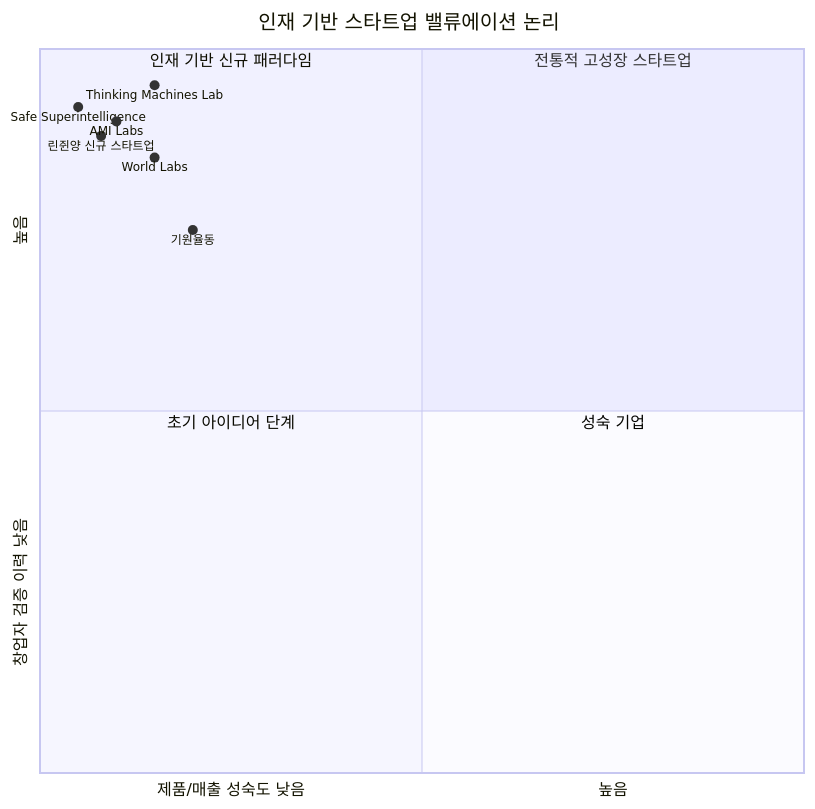
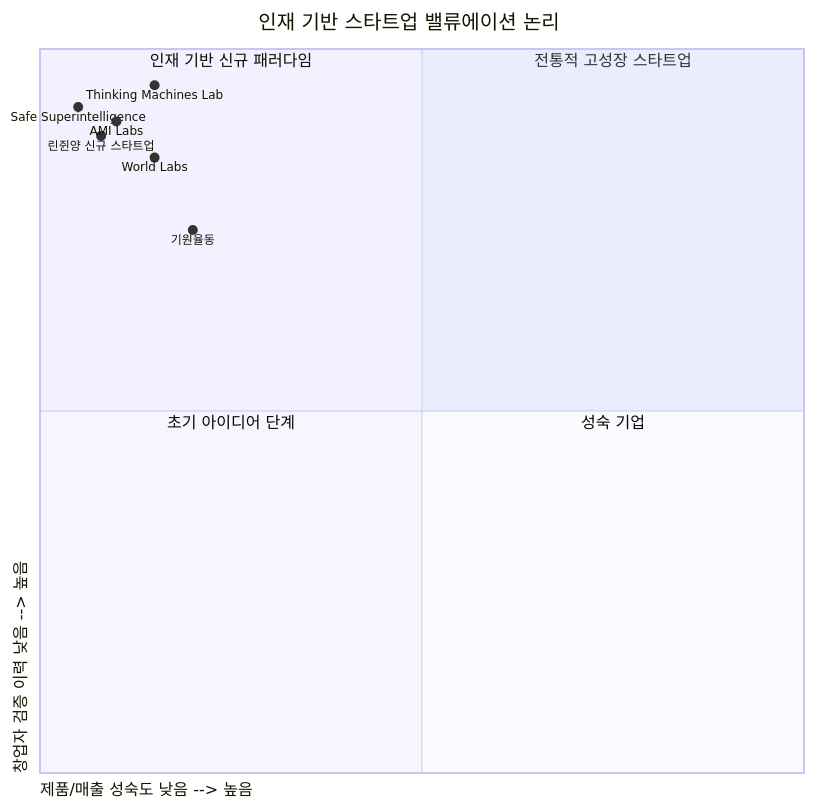
The sixth of 7 diagrams in _posts/2026-06-15-빅테크-왕좌를-버린-인재들:-중국-ai-2막의-서막.md (k82022603/k82022603.github.io), drawn with Mermaid before and after one commit. The commit also changed other lines of this file and 1 other file, not shown here.

Commit message:
auto: sync wiki to blog [2026-06-15 16:28:50]

````diff
--- a/_posts/2026-06-15-빅테크-왕좌를-버린-인재들:-중국-ai-2막의-서막.md
+++ b/_posts/2026-06-15-빅테크-왕좌를-버린-인재들:-중국-ai-2막의-서막.md
@@ -329,25 +329,25 @@
 ```mermaid
 ---
 config:
   quadrantChart:
     chartWidth: 800
     chartHeight: 800
   themeVariables:
     quadrant1TextFill: "ff0000"
 ---
 
 quadrantChart
     title 인재 기반 스타트업 밸류에이션 논리
-    x-axis 제품/매출 성숙도 낮음 --> 높음
-    y-axis 창업자 검증 이력 낮음 --> 높음
-    quadrant-1 전통적 고성장 스타트업
-    quadrant-2 인재 기반 신규 패러다임
-    quadrant-3 초기 아이디어 단계
-    quadrant-4 성숙 기업
-    Thinking Machines Lab: [0.15, 0.95]
-    AMI Labs: [0.1, 0.9]
-    Safe Superintelligence: [0.05, 0.92]
-    린쥔양 신규 스타트업: [0.08, 0.88]
-    기원율동: [0.2, 0.75]
-    World Labs: [0.15, 0.85]
+    x-axis "제품/매출 성숙도 낮음 --> 높음"
+    y-axis "창업자 검증 이력 낮음 --> 높음"
+    quadrant-1 "전통적 고성장 스타트업"
+    quadrant-2 "인재 기반 신규 패러다임"
+    quadrant-3 "초기 아이디어 단계"
+    quadrant-4 "성숙 기업"
+    "Thinking Machines Lab": [0.15, 0.95]
+    "AMI Labs": [0.1, 0.9]
+    "Safe Superintelligence": [0.05, 0.92]
+    "린쥔양 신규 스타트업": [0.08, 0.88]
+    "기원율동": [0.2, 0.75]
+    "World Labs": [0.15, 0.85]
 ```
````
